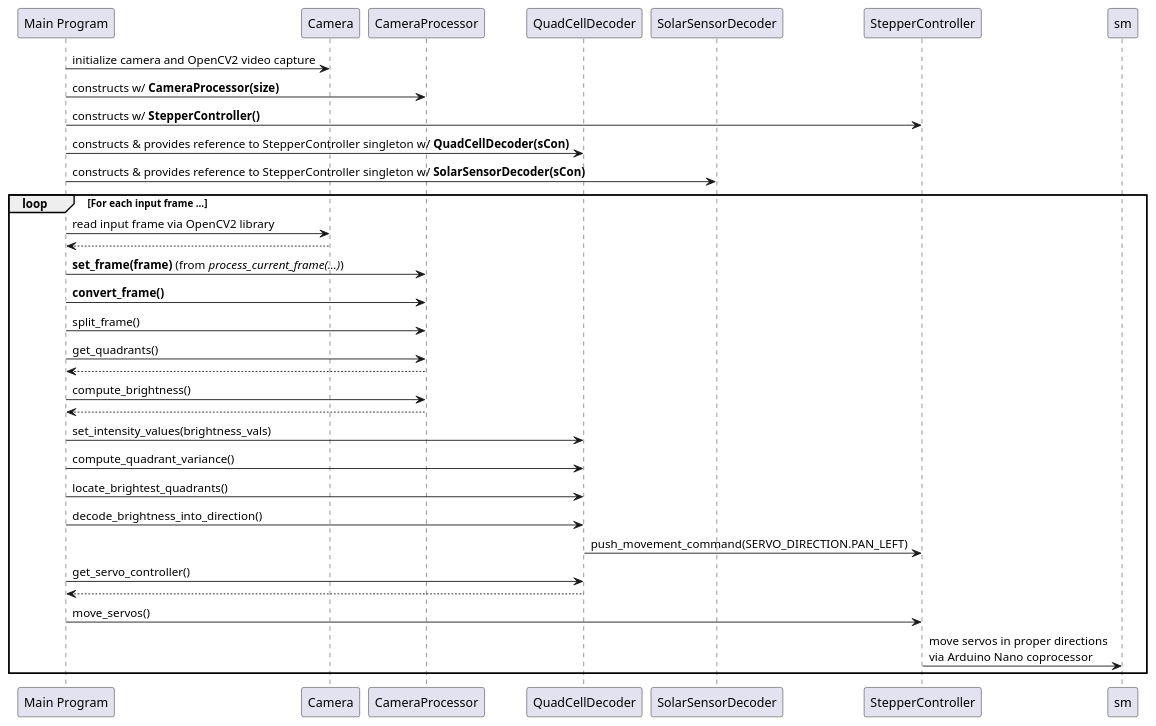
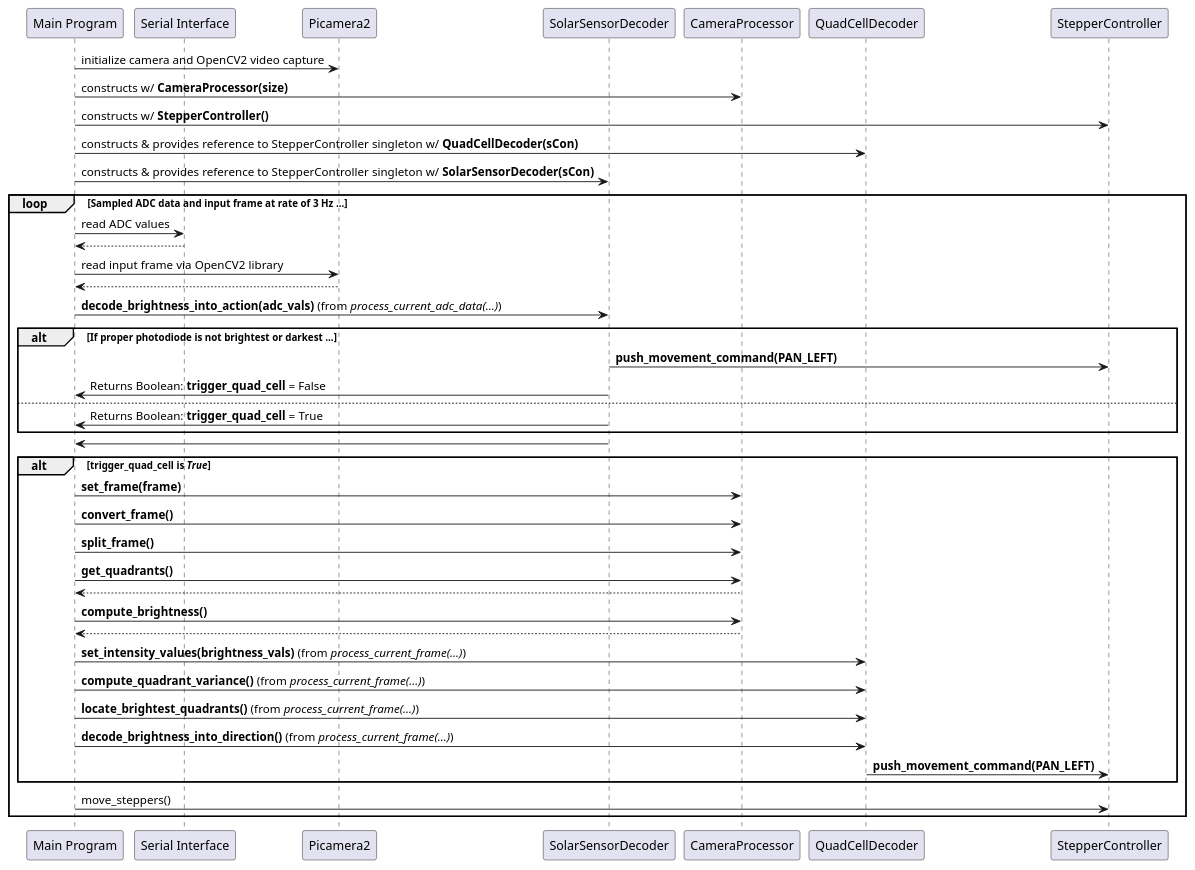
One commit to JonathanI19/EclipseBallooning changed the diagram in diagrams/sun_tracker_sequence_diagram.puml. Above: the diagram before and after it, drawn with PlantUML. The commit also changed 4 other files, not shown here.

Commit message:
Updated software design documents and wrote skeleton code for solar sensor integration.

```diff
--- a/diagrams/sun_tracker_sequence_diagram.puml
+++ b/diagrams/sun_tracker_sequence_diagram.puml
@@ -1,52 +1,62 @@
 @startuml SunTrackerSequenceDiagram
 
 ' Define participants
 participant "Main Program" as mp
-participant "Camera" as cam
+participant "Serial Interface" as si
+participant "Picamera2" as cam
+participant "SolarSensorDecoder" as scd
 participant "CameraProcessor" as cp
 participant "QuadCellDecoder" as qcd
-participant "SolarSensorDecoder" as scd
 participant "StepperController" as sc
 
 ' Define relations and datapath
 ' alt Data collected via Pi camera
 '     pc -> mp : collect current video frame
 '     mp -> cp : set_current_frame(input_frame)
 '     cp -> cp: split_frame()
 '     cp -> cp: compute_average_intensities()
 '     mp -> qcp : get_computed_values()
 '     mp -> qcd : set_intensity_values(input_intensities)
 ' else Data collected via quad-cell sensor
 '     mp -> qc : collect current voltage readings
 '     mp -> qcp : set_current_voltages(input_voltages)
 '     mp -> qcp : get_computed_values()
 '     mp -> qcd : set_intensity_values(input_intensities)
 'end
 
 mp -> cam : initialize camera and OpenCV2 video capture
 mp -> cp : constructs w/ **CameraProcessor(size)**
 mp -> sc : constructs w/ **StepperController()**
 mp -> qcd : constructs & provides reference to StepperController singleton w/ **QuadCellDecoder(sCon)**
 mp -> scd : constructs & provides reference to StepperController singleton w/ **SolarSensorDecoder(sCon)**
-loop For each input frame ...
+loop Sampled ADC data and input frame at rate of 3 Hz ...
+mp -> si: read ADC values
+si --> mp
 mp -> cam : read input frame via OpenCV2 library
 cam --> mp
-mp -> cp : **set_frame(frame)** (from //process_current_frame(...)//)
-mp -> cp : **convert_frame()** 
-mp -> cp : split_frame()
-mp -> cp : get_quadrants()
-cp --> mp
-mp -> cp : compute_brightness()
-cp --> mp
-mp -> qcd : set_intensity_values(brightness_vals)
-mp -> qcd : compute_quadrant_variance()
-mp -> qcd : locate_brightest_quadrants()
-mp -> qcd : decode_brightness_into_direction()
-qcd -> sc : push_movement_command(SERVO_DIRECTION.PAN_LEFT)
-mp -> qcd : get_servo_controller()
-qcd --> mp
-mp -> sc : move_servos()
-sc -> sm : move servos in proper directions\nvia Arduino Nano coprocessor
+mp -> scd: **decode_brightness_into_action(adc_vals)** (from //process_current_adc_data(...)//)
+alt If proper photodiode is not brightest or darkest ...
+    scd -> sc : **push_movement_command(PAN_LEFT)**
+    scd -> mp : Returns Boolean: **trigger_quad_cell** = False
+else
+    scd -> mp : Returns Boolean: **trigger_quad_cell** = True
+end
+scd -> mp: 
+alt **trigger_quad_cell** is //True//
+    mp -> cp : **set_frame(frame)**
+    mp -> cp : **convert_frame()** 
+    mp -> cp : **split_frame()**
+    mp -> cp : **get_quadrants()**
+    cp --> mp
+    mp -> cp : **compute_brightness()**
+    cp --> mp
+    mp -> qcd : **set_intensity_values(brightness_vals)** (from //process_current_frame(...)//)
+    mp -> qcd : **compute_quadrant_variance()** (from //process_current_frame(...)//)
+    mp -> qcd : **locate_brightest_quadrants()** (from //process_current_frame(...)//)
+    mp -> qcd : **decode_brightness_into_direction()** (from //process_current_frame(...)//)
+    qcd -> sc : **push_movement_command(PAN_LEFT)**
+end
+mp -> sc : move_steppers()
 end
 
 @enduml
```
